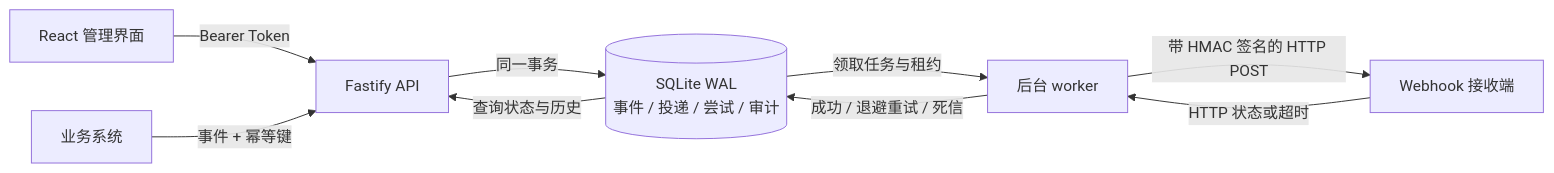
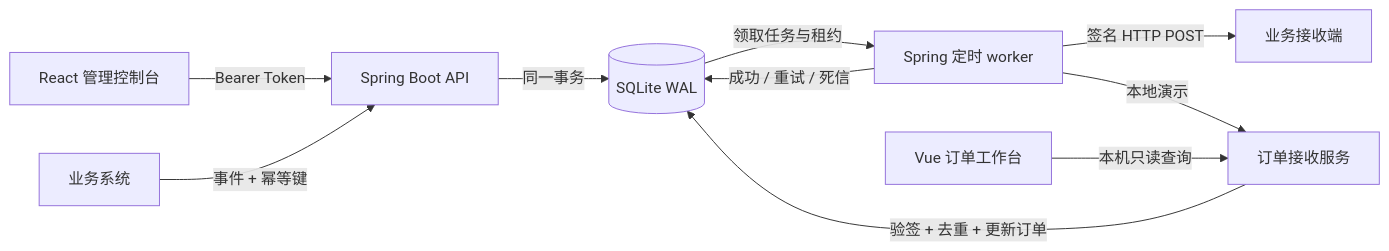
Before and after one commit to huangyuke914235/program: the diagram in README.md, drawn with Mermaid. The commit also changed other lines of this file and 42 other files, not shown here.

Commit message:
Migrate webhook platform to Spring Boot and add Vue receiver

````diff
--- a/README.md
+++ b/README.md
@@ -83,11 +106,12 @@
 ```mermaid
 flowchart LR
-    UI[React 管理界面] -->|Bearer Token| API[Fastify API]
+    REACT[React 管理控制台] -->|Bearer Token| API[Spring Boot API]
     CLIENT[业务系统] -->|事件 + 幂等键| API
-    API -->|同一事务| DB[(SQLite WAL<br/>事件 / 投递 / 尝试 / 审计)]
-    DB -->|领取任务与租约| WORKER[后台 worker]
-    WORKER -->|带 HMAC 签名的 HTTP POST| ENDPOINT[Webhook 接收端]
-    ENDPOINT -->|HTTP 状态或超时| WORKER
-    WORKER -->|成功 / 退避重试 / 死信| DB
-    DB -->|查询状态与历史| API
+    API -->|同一事务| DB[(SQLite WAL)]
+    DB -->|领取任务与租约| WORKER[Spring 定时 worker]
+    WORKER -->|签名 HTTP POST| TARGET[业务接收端]
+    WORKER -->|成功 / 重试 / 死信| DB
+    WORKER -->|本地演示| SHOP[订单接收服务]
+    SHOP -->|验签 + 去重 + 更新订单| DB
+    VUE[Vue 订单工作台] -->|本机只读查询| SHOP
 ```
````
